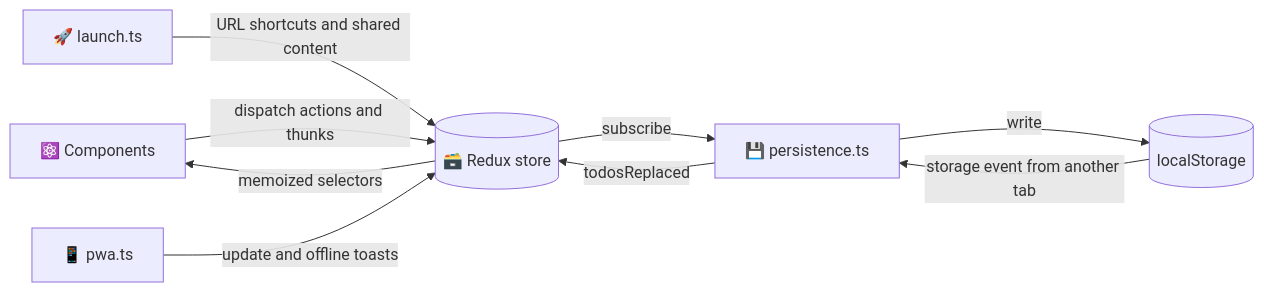
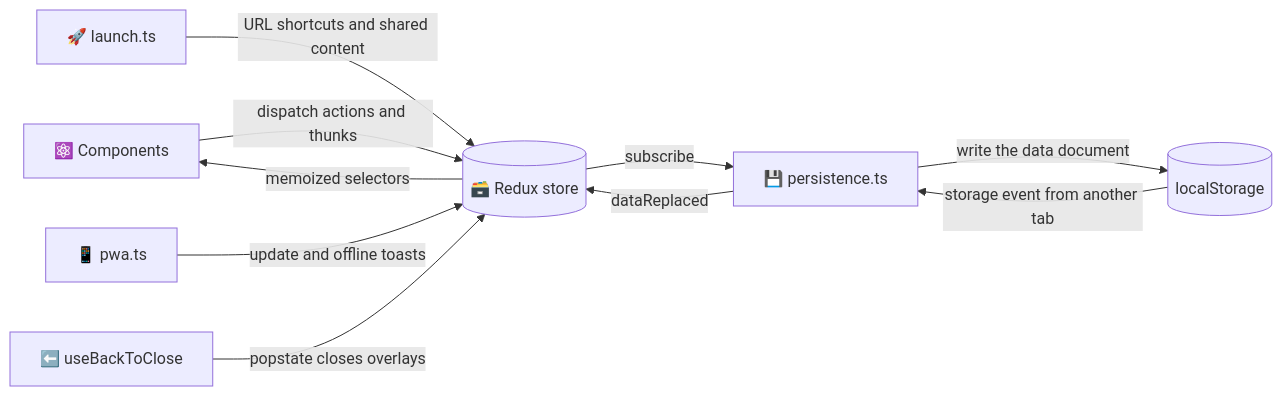
One commit to sacrificed666/react-todo-app changed the second of 10 diagrams in docs/architecture.md. Above: the diagram before and after it, drawn with Mermaid. The commit also changed other lines of this file and 173 other files, not shown here.

````diff
--- a/docs/architecture.md
+++ b/docs/architecture.md
@@ -56,11 +58,12 @@
 ```mermaid
 flowchart LR
   UI[⚛️ Components] -- dispatch actions and thunks --> Store[(🗃️ Redux store)]
   Store -- memoized selectors --> UI
   Store -- subscribe --> Persistence[💾 persistence.ts]
-  Persistence -- write --> LS[(localStorage)]
+  Persistence -- write the data document --> LS[(localStorage)]
   LS -- storage event from another tab --> Persistence
-  Persistence -- todosReplaced --> Store
+  Persistence -- dataReplaced --> Store
   Launch[🚀 launch.ts] -- URL shortcuts and shared content --> Store
   PWA[📱 pwa.ts] -- update and offline toasts --> Store
+  Back[⬅️ useBackToClose] -- popstate closes overlays --> Store
 ```
````
